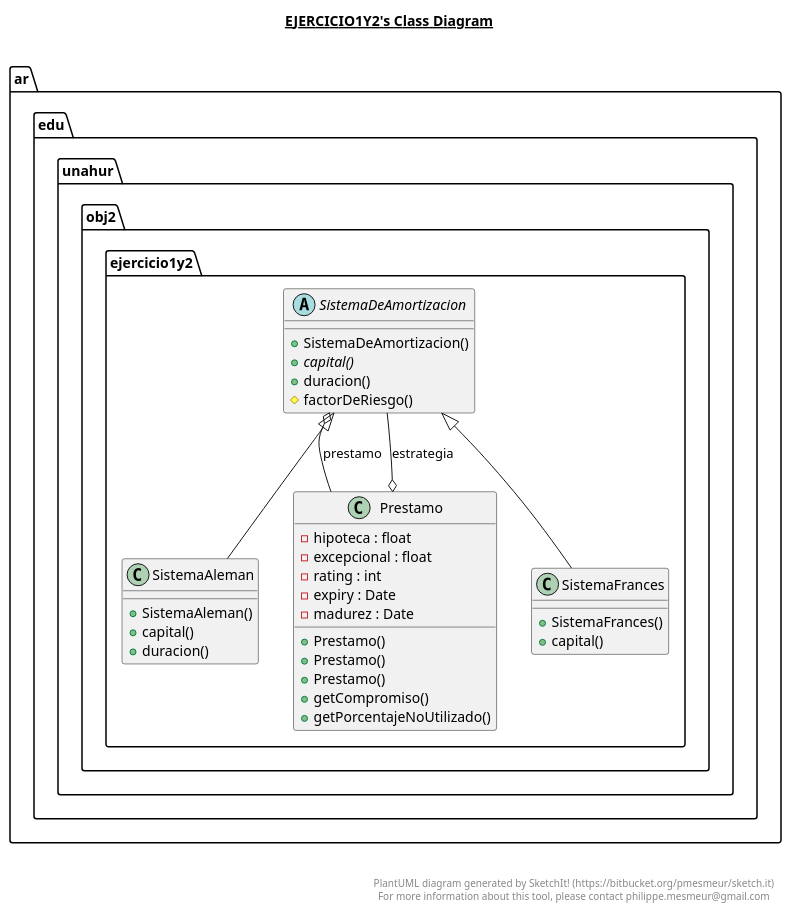
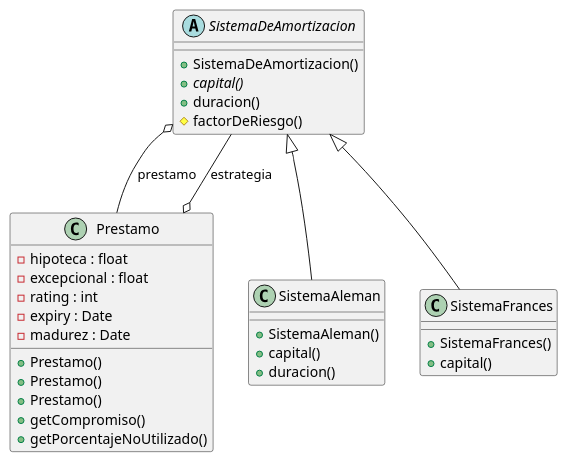
One commit to obj2-unahur/guia-ejercicios-patrones changed the diagram in src/guia/java/ar/edu/unahur/obj2/ejercicio1y2/ejercicio1y2.plantuml. Above: the diagram before and after it, drawn with PlantUML. The commit also changed 5 other files, not shown here.

Commit message:
ajustes uml

```diff
--- a/src/guia/java/ar/edu/unahur/obj2/ejercicio1y2/ejercicio1y2.plantuml
+++ b/src/guia/java/ar/edu/unahur/obj2/ejercicio1y2/ejercicio1y2.plantuml
@@ -1,69 +1,41 @@
 @startuml
 
-title __EJERCICIO1Y2's Class Diagram__\n
+class Prestamo {
+  - hipoteca : float
+  - excepcional : float
+  - rating : int
+  - expiry : Date
+  - madurez : Date
+  + Prestamo()
+  + Prestamo()
+  + Prestamo()
+  + getCompromiso()
+  + getPorcentajeNoUtilizado()
+}
 
-  package ar.edu.unahur.obj2 {
-    package ar.edu.unahur.obj2.ejercicio1y2 {
-      class Prestamo {
-          - hipoteca : float
-          - excepcional : float
-          - rating : int
-          - expiry : Date
-          - madurez : Date
-          + Prestamo()
-          + Prestamo()
-          + Prestamo()
-          + getCompromiso()
-          + getPorcentajeNoUtilizado()
-      }
-    }
-  }
-  
+class SistemaAleman {
+  + SistemaAleman()
+  + capital()
+  + duracion()
+}
 
-  package ar.edu.unahur.obj2 {
-    package ar.edu.unahur.obj2.ejercicio1y2 {
-      class SistemaAleman {
-          + SistemaAleman()
-          + capital()
-          + duracion()
-      }
-    }
-  }
-  
-
-  package ar.edu.unahur.obj2 {
-    package ar.edu.unahur.obj2.ejercicio1y2 {
-      abstract class SistemaDeAmortizacion {
-          + SistemaDeAmortizacion()
-          {abstract} + capital()
-          + duracion()
-          # factorDeRiesgo()
-      }
-    }
-  }
-  
-
-  package ar.edu.unahur.obj2 {
-    package ar.edu.unahur.obj2.ejercicio1y2 {
-      class SistemaFrances {
-          + SistemaFrances()
-          + capital()
-      }
-    }
-  }
-  
-
-  Prestamo o-- SistemaDeAmortizacion : estrategia
-  SistemaAleman -up-|> SistemaDeAmortizacion
-  SistemaDeAmortizacion o-- Prestamo : prestamo
-  SistemaFrances -up-|> SistemaDeAmortizacion
+abstract class SistemaDeAmortizacion {
+  + SistemaDeAmortizacion()
+  {abstract} + capital()
+  + duracion()
+  # factorDeRiesgo()
+}
 
 
-right footer
+class SistemaFrances {
+  + SistemaFrances()
+  + capital()
+}
+
+Prestamo o-- SistemaDeAmortizacion : estrategia
+SistemaAleman -up-|> SistemaDeAmortizacion
+SistemaDeAmortizacion o-- Prestamo : prestamo
+SistemaFrances -up-|> SistemaDeAmortizacion
 
 
-PlantUML diagram generated by SketchIt! (https://bitbucket.org/pmesmeur/sketch.it)
-For more information about this tool, please contact philippe.mesmeur@gmail.com
-endfooter
-
 @enduml
```
